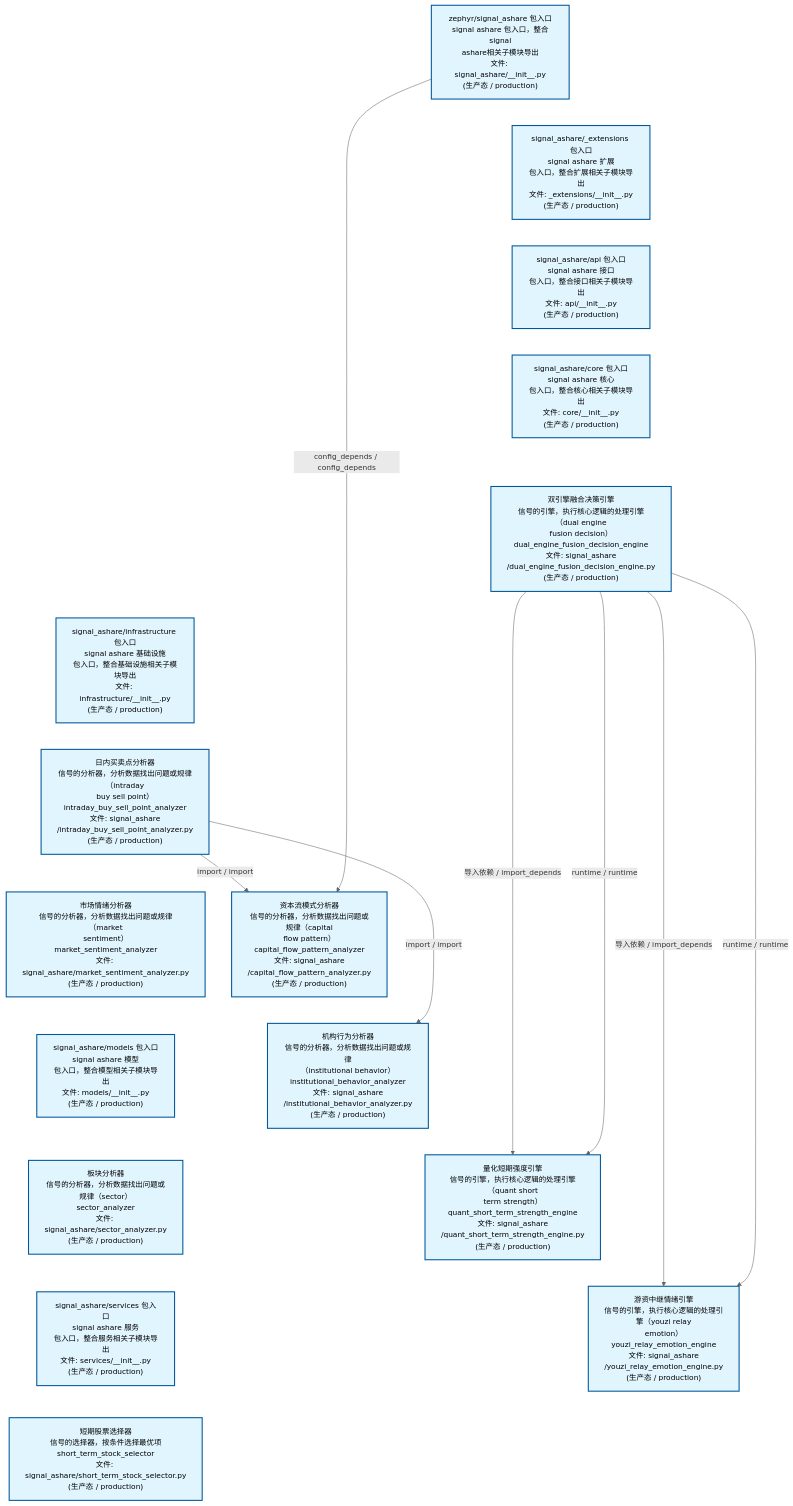
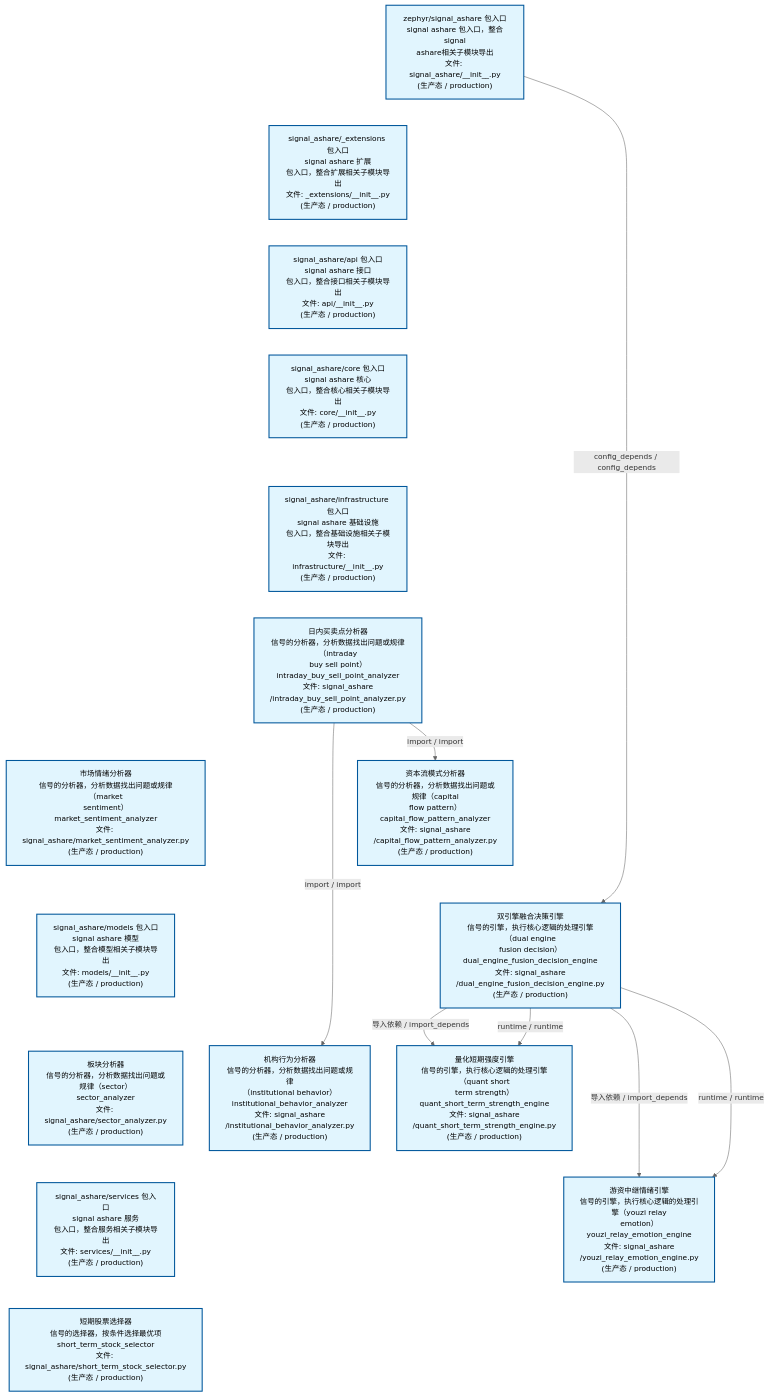
One commit to xuanFelixVan/ZephyrAlpha changed the second of 4 diagrams in docs/02_enterprise_architecture/02_domain_architecture_docs/32_d_ashare_signal.md. Above: the diagram before and after it, drawn with Mermaid. The commit also changed other lines of this file and 46 other files, not shown here.

````diff
--- a/docs/02_enterprise_architecture/02_domain_architecture_docs/32_d_ashare_signal.md
+++ b/docs/02_enterprise_architecture/02_domain_architecture_docs/32_d_ashare_signal.md
@@ -112,46 +111,45 @@
 ```mermaid
 %%{init: {'theme': 'base', 'themeVariables': {'primaryColor': '#eaeaea', 'primaryTextColor': '#333333', 'primaryBorderColor': '#666666', 'lineColor': '#666666', 'secondaryColor': '#eaeaea', 'tertiaryColor': '#eaeaea', 'fontSize': '14px'}}}%%
 flowchart TD
     src_zephyr_signal_ashare_init_py["zephyr/signal_ashare 包入口<br/>signal ashare 包入口，整合signal<br/>ashare相关子模块导出<br/>文件: signal_ashare/__init__.py<br/>(生产态 / production)"]
     src_zephyr_signal_ashare_extensions_init_py["signal_ashare/_extensions 包入口<br/>signal ashare 扩展<br/>包入口，整合扩展相关子模块导出<br/>文件: _extensions/__init__.py<br/>(生产态 / production)"]
     src_zephyr_signal_ashare_api_init_py["signal_ashare/api 包入口<br/>signal ashare 接口<br/>包入口，整合接口相关子模块导出<br/>文件: api/__init__.py<br/>(生产态 / production)"]
     src_zephyr_signal_ashare_core_init_py["signal_ashare/core 包入口<br/>signal ashare 核心<br/>包入口，整合核心相关子模块导出<br/>文件: core/__init__.py<br/>(生产态 / production)"]
-    src_zephyr_signal_ashare_dual_engine_fusion_decision_engine_py["双引擎融合决策引擎<br/>信号的引擎，执行核心逻辑的处理引擎（dual engine<br/>fusion decision）<br/>dual_engine_fusion_decision_engine<br/>文件: signal_ashare<br/>/dual_engine_fusion_decision_engine.py<br/>(生产态 / production)"]
     src_zephyr_signal_ashare_infrastructure_init_py["signal_ashare/infrastructure 包入口<br/>signal ashare 基础设施<br/>包入口，整合基础设施相关子模块导出<br/>文件: infrastructure/__init__.py<br/>(生产态 / production)"]
     src_zephyr_signal_ashare_intraday_buy_sell_point_analyzer_py["日内买卖点分析器<br/>信号的分析器，分析数据找出问题或规律（intraday<br/>buy sell point）<br/>intraday_buy_sell_point_analyzer<br/>文件: signal_ashare<br/>/intraday_buy_sell_point_analyzer.py<br/>(生产态 / production)"]
     src_zephyr_signal_ashare_market_sentiment_analyzer_py["市场情绪分析器<br/>信号的分析器，分析数据找出问题或规律（market<br/>sentiment）<br/>market_sentiment_analyzer<br/>文件: signal_ashare/market_sentiment_analyzer.py<br/>(生产态 / production)"]
     src_zephyr_signal_ashare_models_init_py["signal_ashare/models 包入口<br/>signal ashare 模型<br/>包入口，整合模型相关子模块导出<br/>文件: models/__init__.py<br/>(生产态 / production)"]
     src_zephyr_signal_ashare_sector_analyzer_py["板块分析器<br/>信号的分析器，分析数据找出问题或规律（sector）<br/>sector_analyzer<br/>文件: signal_ashare/sector_analyzer.py<br/>(生产态 / production)"]
     src_zephyr_signal_ashare_services_init_py["signal_ashare/services 包入口<br/>signal ashare 服务<br/>包入口，整合服务相关子模块导出<br/>文件: services/__init__.py<br/>(生产态 / production)"]
     src_zephyr_signal_ashare_short_term_stock_selector_py["短期股票选择器<br/>信号的选择器，按条件选择最优项<br/>short_term_stock_selector<br/>文件: signal_ashare/short_term_stock_selector.py<br/>(生产态 / production)"]
     src_zephyr_signal_ashare_init_py ~~~ src_zephyr_signal_ashare_extensions_init_py
     src_zephyr_signal_ashare_extensions_init_py ~~~ src_zephyr_signal_ashare_api_init_py
     src_zephyr_signal_ashare_api_init_py ~~~ src_zephyr_signal_ashare_core_init_py
-    src_zephyr_signal_ashare_core_init_py ~~~ src_zephyr_signal_ashare_dual_engine_fusion_decision_engine_py
-    src_zephyr_signal_ashare_dual_engine_fusion_decision_engine_py ~~~ src_zephyr_signal_ashare_infrastructure_init_py
+    src_zephyr_signal_ashare_core_init_py ~~~ src_zephyr_signal_ashare_infrastructure_init_py
     src_zephyr_signal_ashare_infrastructure_init_py ~~~ src_zephyr_signal_ashare_intraday_buy_sell_point_analyzer_py
     src_zephyr_signal_ashare_intraday_buy_sell_point_analyzer_py ~~~ src_zephyr_signal_ashare_market_sentiment_analyzer_py
     src_zephyr_signal_ashare_market_sentiment_analyzer_py ~~~ src_zephyr_signal_ashare_models_init_py
     src_zephyr_signal_ashare_models_init_py ~~~ src_zephyr_signal_ashare_sector_analyzer_py
     src_zephyr_signal_ashare_sector_analyzer_py ~~~ src_zephyr_signal_ashare_services_init_py
     src_zephyr_signal_ashare_services_init_py ~~~ src_zephyr_signal_ashare_short_term_stock_selector_py
     src_zephyr_signal_ashare_capital_flow_pattern_analyzer_py["资本流模式分析器<br/>信号的分析器，分析数据找出问题或规律（capital<br/>flow pattern）<br/>capital_flow_pattern_analyzer<br/>文件: signal_ashare<br/>/capital_flow_pattern_analyzer.py<br/>(生产态 / production)"]
+    src_zephyr_signal_ashare_dual_engine_fusion_decision_engine_py["双引擎融合决策引擎<br/>信号的引擎，执行核心逻辑的处理引擎（dual engine<br/>fusion decision）<br/>dual_engine_fusion_decision_engine<br/>文件: signal_ashare<br/>/dual_engine_fusion_decision_engine.py<br/>(生产态 / production)"]
     src_zephyr_signal_ashare_institutional_behavior_analyzer_py["机构行为分析器<br/>信号的分析器，分析数据找出问题或规律<br/>（institutional behavior）<br/>institutional_behavior_analyzer<br/>文件: signal_ashare<br/>/institutional_behavior_analyzer.py<br/>(生产态 / production)"]
+    src_zephyr_signal_ashare_capital_flow_pattern_analyzer_py ~~~ src_zephyr_signal_ashare_dual_engine_fusion_decision_engine_py
+    src_zephyr_signal_ashare_dual_engine_fusion_decision_engine_py ~~~ src_zephyr_signal_ashare_institutional_behavior_analyzer_py
     src_zephyr_signal_ashare_quant_short_term_strength_engine_py["量化短期强度引擎<br/>信号的引擎，执行核心逻辑的处理引擎（quant short<br/>term strength）<br/>quant_short_term_strength_engine<br/>文件: signal_ashare<br/>/quant_short_term_strength_engine.py<br/>(生产态 / production)"]
     src_zephyr_signal_ashare_youzi_relay_emotion_engine_py["游资中继情绪引擎<br/>信号的引擎，执行核心逻辑的处理引擎（youzi relay<br/>emotion）<br/>youzi_relay_emotion_engine<br/>文件: signal_ashare<br/>/youzi_relay_emotion_engine.py<br/>(生产态 / production)"]
-    src_zephyr_signal_ashare_capital_flow_pattern_analyzer_py ~~~ src_zephyr_signal_ashare_institutional_behavior_analyzer_py
-    src_zephyr_signal_ashare_institutional_behavior_analyzer_py ~~~ src_zephyr_signal_ashare_quant_short_term_strength_engine_py
     src_zephyr_signal_ashare_quant_short_term_strength_engine_py ~~~ src_zephyr_signal_ashare_youzi_relay_emotion_engine_py
+    src_zephyr_signal_ashare_dual_engine_fusion_decision_engine_py -->|导入依赖 / import_depends| src_zephyr_signal_ashare_quant_short_term_strength_engine_py
+    src_zephyr_signal_ashare_dual_engine_fusion_decision_engine_py -->|runtime / runtime| src_zephyr_signal_ashare_quant_short_term_strength_engine_py
     src_zephyr_signal_ashare_dual_engine_fusion_decision_engine_py -->|导入依赖 / import_depends| src_zephyr_signal_ashare_youzi_relay_emotion_engine_py
     src_zephyr_signal_ashare_dual_engine_fusion_decision_engine_py -->|runtime / runtime| src_zephyr_signal_ashare_youzi_relay_emotion_engine_py
-    src_zephyr_signal_ashare_dual_engine_fusion_decision_engine_py -->|导入依赖 / import_depends| src_zephyr_signal_ashare_quant_short_term_strength_engine_py
-    src_zephyr_signal_ashare_dual_engine_fusion_decision_engine_py -->|runtime / runtime| src_zephyr_signal_ashare_quant_short_term_strength_engine_py
     src_zephyr_signal_ashare_intraday_buy_sell_point_analyzer_py -->|import / import| src_zephyr_signal_ashare_capital_flow_pattern_analyzer_py
     src_zephyr_signal_ashare_intraday_buy_sell_point_analyzer_py -->|import / import| src_zephyr_signal_ashare_institutional_behavior_analyzer_py
-    src_zephyr_signal_ashare_init_py -->|config_depends / config_depends| src_zephyr_signal_ashare_capital_flow_pattern_analyzer_py
+    src_zephyr_signal_ashare_init_py -->|config_depends / config_depends| src_zephyr_signal_ashare_dual_engine_fusion_decision_engine_py
     classDef production fill:#e1f5fe,stroke:#01579b,stroke-width:2px,color:#000
     classDef design fill:#fff3e0,stroke:#e65100,stroke-width:2px,color:#000,stroke-dasharray: 5 5
     classDef external_prod fill:#e8f4fd,stroke:#0277bd,stroke-width:1px,color:#000
     classDef external_design fill:#fff8e7,stroke:#ef6c00,stroke-width:1px,color:#000,stroke-dasharray: 5 5
     class src_zephyr_signal_ashare_init_py,src_zephyr_signal_ashare_extensions_init_py,src_zephyr_signal_ashare_api_init_py,src_zephyr_signal_ashare_capital_flow_pattern_analyzer_py,src_zephyr_signal_ashare_core_init_py,src_zephyr_signal_ashare_dual_engine_fusion_decision_engine_py,src_zephyr_signal_ashare_infrastructure_init_py,src_zephyr_signal_ashare_institutional_behavior_analyzer_py,src_zephyr_signal_ashare_intraday_buy_sell_point_analyzer_py,src_zephyr_signal_ashare_market_sentiment_analyzer_py,src_zephyr_signal_ashare_models_init_py,src_zephyr_signal_ashare_quant_short_term_strength_engine_py,src_zephyr_signal_ashare_sector_analyzer_py,src_zephyr_signal_ashare_services_init_py,src_zephyr_signal_ashare_short_term_stock_selector_py,src_zephyr_signal_ashare_youzi_relay_emotion_engine_py production
 ```
````
